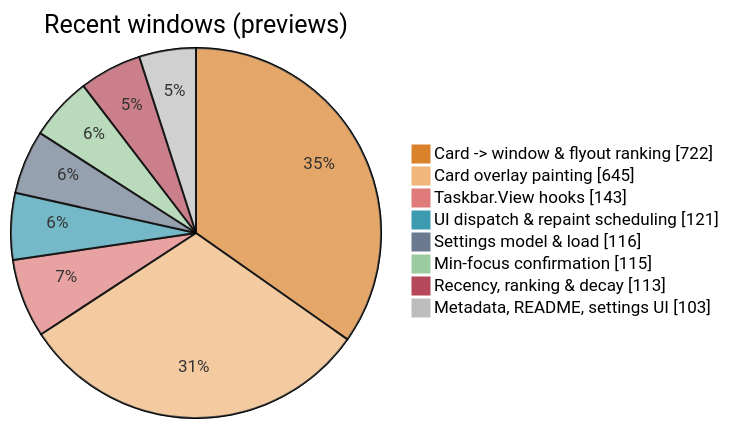
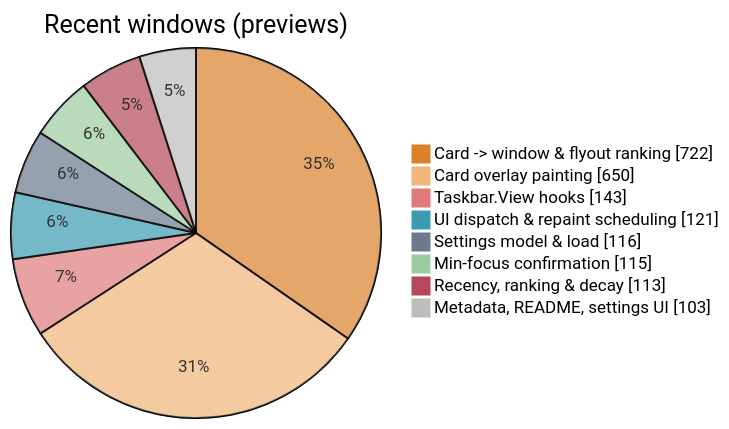
One commit to jvlasek/taskbar-recent-focus-highlight changed the fifth of 5 diagrams in doc/code/code-breakdown.md. Above: the diagram before and after it, drawn with Mermaid. The commit also changed other lines of this file and 8 other files, not shown here.

````diff
--- a/doc/code/code-breakdown.md
+++ b/doc/code/code-breakdown.md
@@ -153,12 +153,12 @@
 ```mermaid
 %%{init: {"themeVariables": {"pie1": "#D9822B", "pie2": "#F0B67A", "pie3": "#E07B7B", "pie4": "#3C9BB0", "pie5": "#6B7A8F", "pie6": "#9CCB9F", "pie7": "#B5495B", "pie8": "#BDBDBD", "pieOuterStrokeWidth": "1px"}}}%%
 pie showData title Recent windows (previews)
     "Card -> window & flyout ranking" : 722
-    "Card overlay painting" : 645
+    "Card overlay painting" : 650
     "Taskbar.View hooks" : 143
     "UI dispatch & repaint scheduling" : 121
     "Settings model & load" : 116
     "Min-focus confirmation" : 115
     "Recency, ranking & decay" : 113
     "Metadata, README, settings UI" : 103
 ```
````
